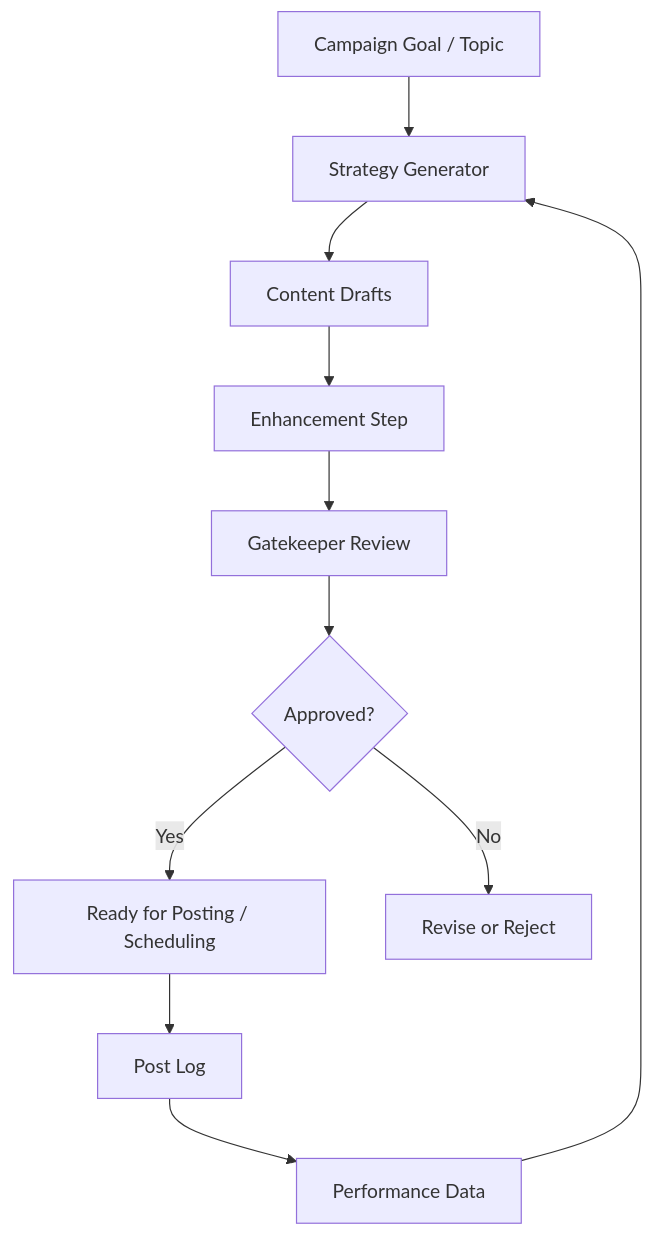
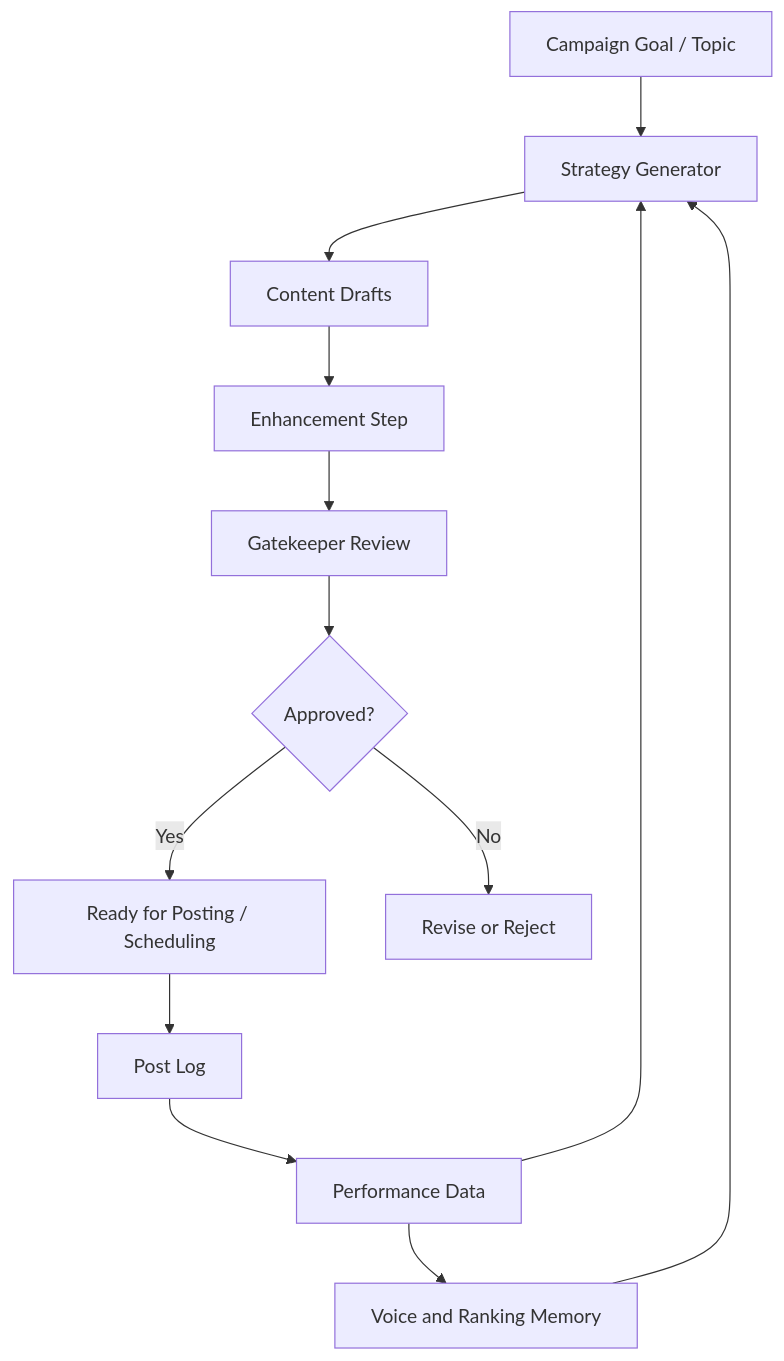
One commit to Prashamv/kourai-skill-tree changed the diagram in diagrams/kourai-workflow.md. Above: the diagram before and after it, drawn with Mermaid. The commit also changed 13 other files, not shown here.

````diff
--- a/diagrams/kourai-workflow.md
+++ b/diagrams/kourai-workflow.md
@@ -3,13 +3,15 @@
 ```mermaid
 flowchart TD
     A[Campaign Goal / Topic] --> B[Strategy Generator]
     B --> C[Content Drafts]
     C --> D[Enhancement Step]
     D --> E[Gatekeeper Review]
     E --> F{Approved?}
     F -->|Yes| G[Ready for Posting / Scheduling]
     F -->|No| H[Revise or Reject]
     G --> I[Post Log]
     I --> J[Performance Data]
     J --> B
+    J --> K[Voice and Ranking Memory]
+    K --> B
 ```
````
